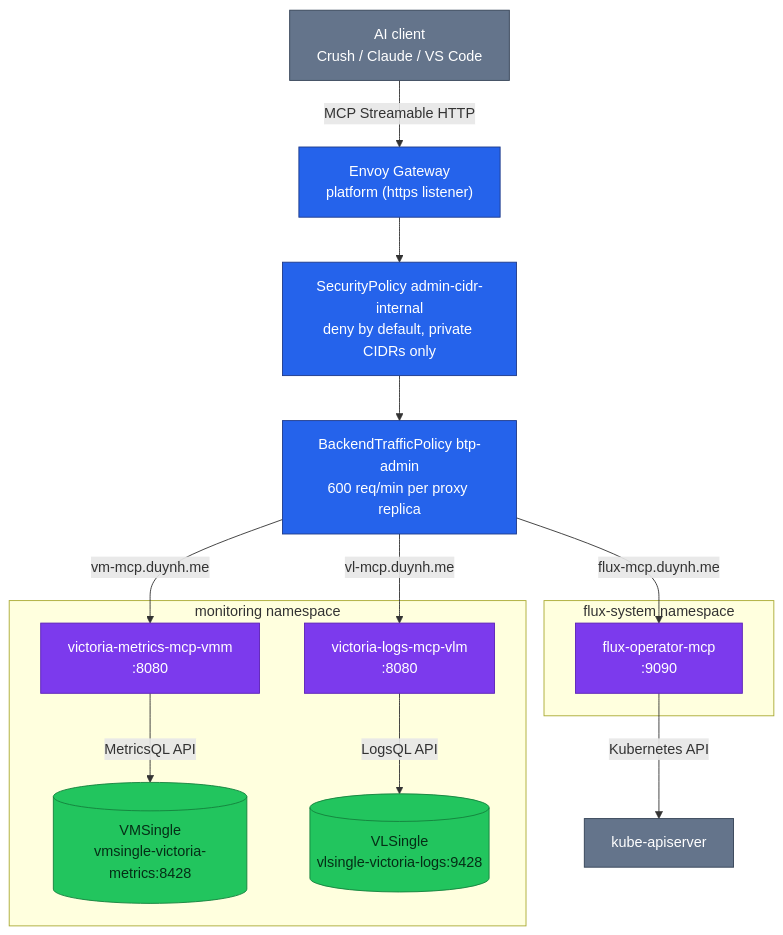
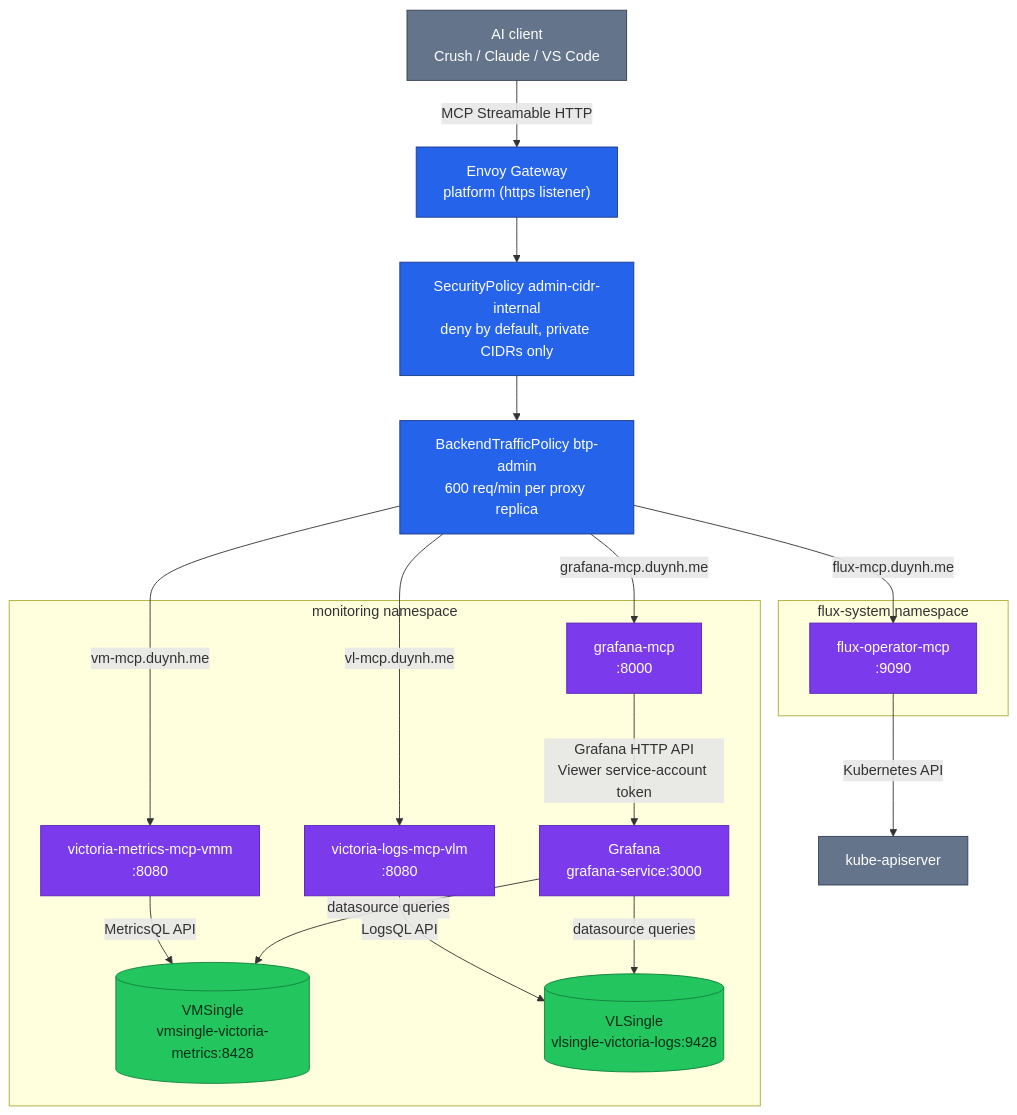
One commit to duynhlab/homelab changed the diagram in docs/platform/mcp-servers.md. Above: the diagram before and after it, drawn with Mermaid. The commit also changed other lines of this file and 17 other files, not shown here.

First line of the commit message:
Add a Grafana MCP server on a Viewer service account

````diff
--- a/docs/platform/mcp-servers.md
+++ b/docs/platform/mcp-servers.md
@@ -19,34 +26,40 @@
 ```mermaid
 flowchart TD
     AI["AI client<br/>Crush / Claude / VS Code"] -->|"MCP Streamable HTTP"| GW["Envoy Gateway<br/>platform (https listener)"]
     GW --> FENCE["SecurityPolicy admin-cidr-internal<br/>deny by default, private CIDRs only"]
     FENCE --> BTP["BackendTrafficPolicy btp-admin<br/>600 req/min per proxy replica"]
 
     BTP -->|"vm-mcp.duynh.me"| VMMCP["victoria-metrics-mcp-vmm<br/>:8080"]
     BTP -->|"vl-mcp.duynh.me"| VLMCP["victoria-logs-mcp-vlm<br/>:8080"]
     BTP -->|"flux-mcp.duynh.me"| FMCP["flux-operator-mcp<br/>:9090"]
+    BTP -->|"grafana-mcp.duynh.me"| GMCP["grafana-mcp<br/>:8000"]
 
     VMMCP -->|"MetricsQL API"| VMS[("VMSingle<br/>vmsingle-victoria-metrics:8428")]
     VLMCP -->|"LogsQL API"| VLS[("VLSingle<br/>vlsingle-victoria-logs:9428")]
     FMCP -->|"Kubernetes API"| K8S["kube-apiserver"]
+    GMCP -->|"Grafana HTTP API<br/>Viewer service-account token"| GRAF["Grafana<br/>grafana-service:3000"]
+    GRAF -->|"datasource queries"| VMS
+    GRAF -->|"datasource queries"| VLS
 
     subgraph monitoring["monitoring namespace"]
         VMMCP
         VLMCP
+        GMCP
+        GRAF
         VMS
         VLS
     end
 
     subgraph fluxsystem["flux-system namespace"]
         FMCP
     end
 
     classDef edge fill:#2563eb,color:#fff,stroke:#1e3a8a;
     classDef platform fill:#7c3aed,color:#fff,stroke:#5b21b6;
     classDef data fill:#22c55e,color:#052e16,stroke:#15803d;
     classDef external fill:#64748b,color:#fff,stroke:#334155;
     class GW,FENCE,BTP edge;
-    class VMMCP,VLMCP,FMCP platform;
+    class VMMCP,VLMCP,FMCP,GMCP,GRAF platform;
     class VMS,VLS data;
     class AI,K8S external;
 ```
````
